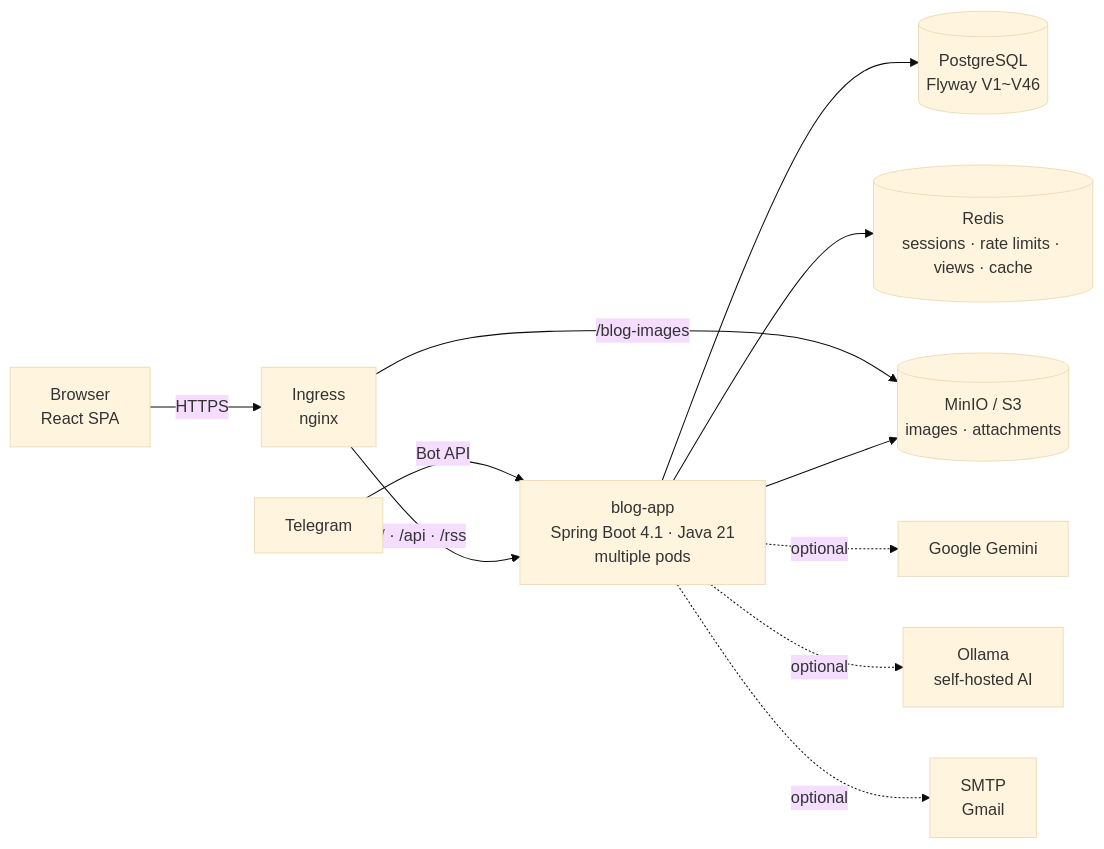
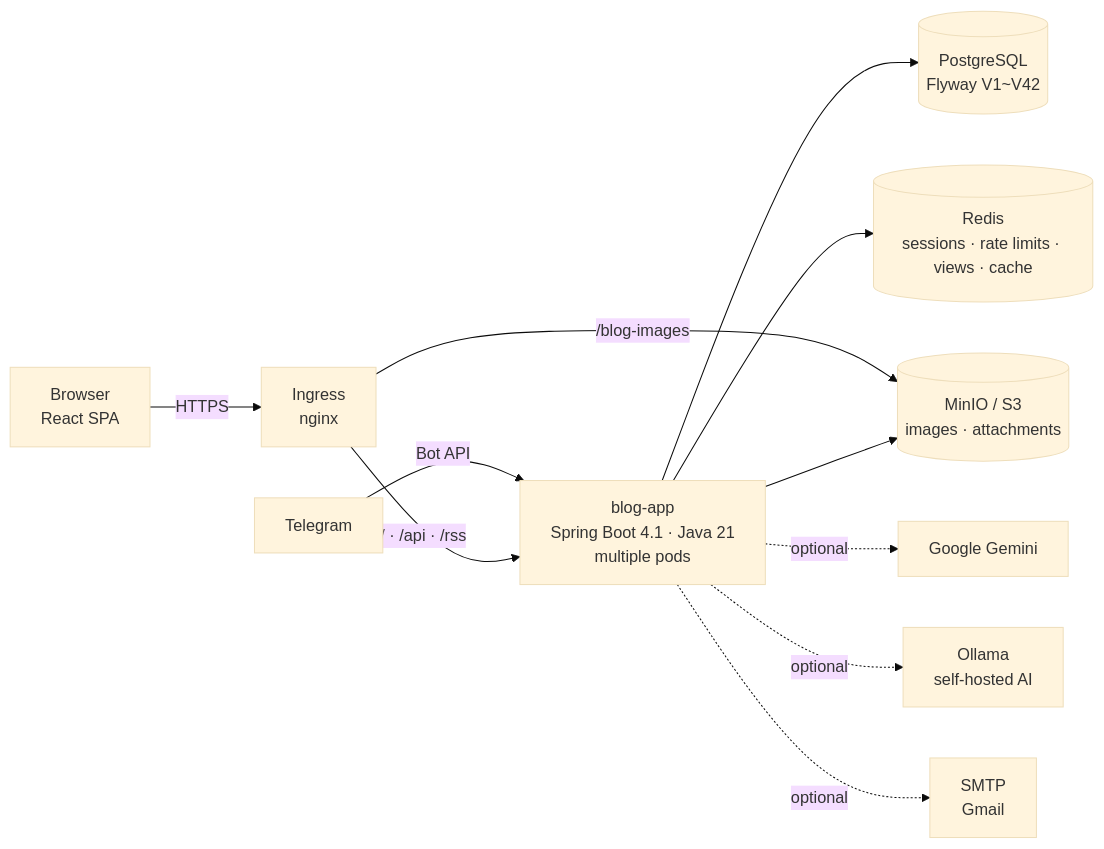
One commit to AIGJ-01-002-blog/devlog changed the first of 3 diagrams in README.en.md. Above: the diagram before and after it, drawn with Mermaid (base theme). The commit also changed other lines of this file and 7 other files, not shown here.

````diff
--- a/README.en.md
+++ b/README.en.md
@@ -151,13 +151,13 @@
 ```mermaid
 flowchart LR
     B[Browser<br/>React SPA] -->|HTTPS| I[Ingress<br/>nginx]
     T[Telegram] -->|Bot API| A
     I -->|/ · /api · /rss| A[blog-app<br/>Spring Boot 4.1 · Java 21<br/>multiple pods]
     I -->|/blog-images| M[(MinIO / S3<br/>images · attachments)]
-    A --> P[(PostgreSQL<br/>Flyway V1~V46)]
+    A --> P[(PostgreSQL<br/>Flyway V1~V42)]
     A --> R[(Redis<br/>sessions · rate limits · views · cache)]
     A --> M
     A -.optional.-> G[Google Gemini]
     A -.optional.-> O[Ollama<br/>self-hosted AI]
     A -.optional.-> S[SMTP<br/>Gmail]
 ```
````
